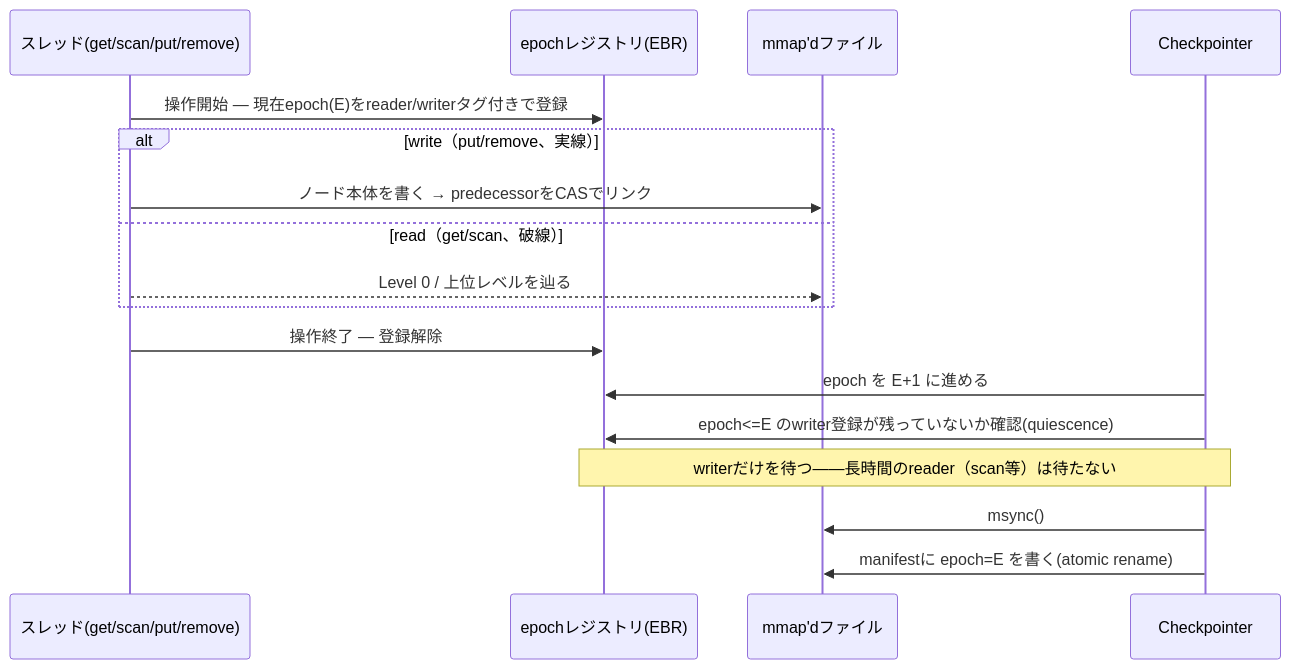
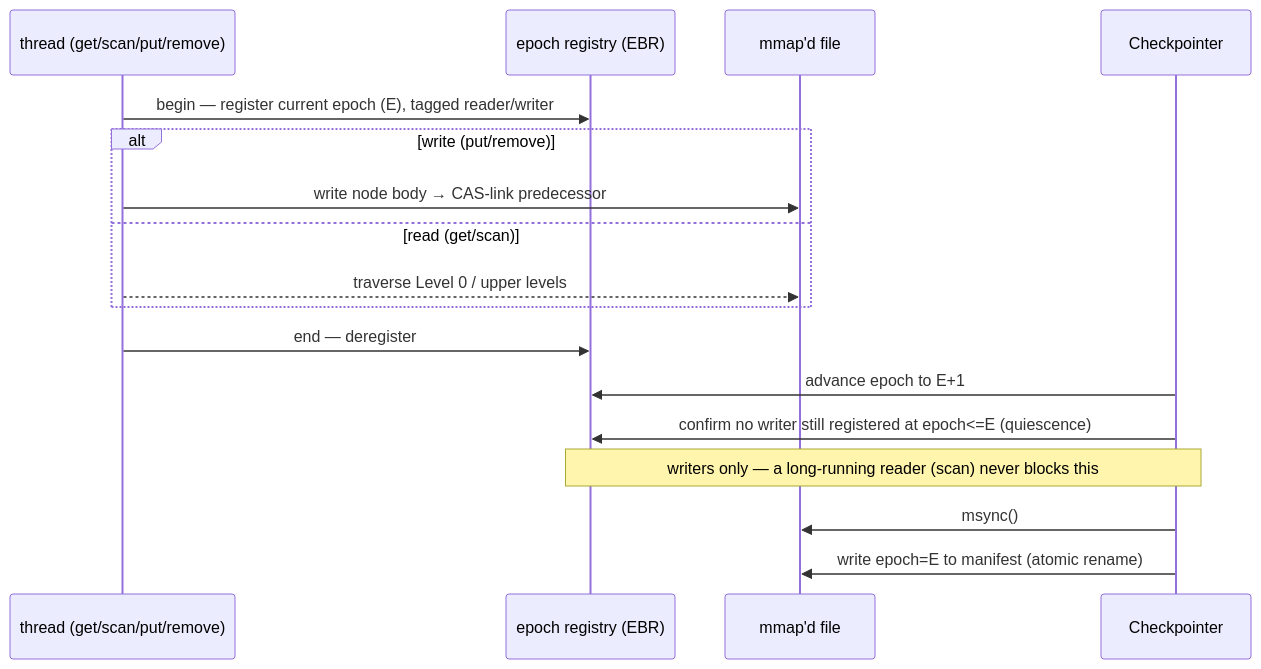
One commit to wasanemon/VMemKV changed the second of 3 diagrams in implementation/pskiplist/high_level_design.md. Above: the diagram before and after it, drawn with Mermaid. The commit also changed other lines of this file and 6 other files, not shown here.

````diff
--- a/implementation/pskiplist/high_level_design.md
+++ b/implementation/pskiplist/high_level_design.md
@@ -193,21 +146,21 @@
 ```mermaid
 sequenceDiagram
-    participant Thread as スレッド(get/scan/put/remove)
-    participant EBR as epochレジストリ(EBR)
-    participant File as mmap'dファイル
+    participant Thread as thread (get/scan/put/remove)
+    participant EBR as epoch registry (EBR)
+    participant File as mmap'd file
     participant Checkpointer
 
-    Thread->>EBR: 操作開始 — 現在epoch(E)をreader/writerタグ付きで登録
-    alt write（put/remove、実線）
-        Thread->>File: ノード本体を書く → predecessorをCASでリンク
-    else read（get/scan、破線）
-        Thread-->>File: Level 0 / 上位レベルを辿る
+    Thread->>EBR: begin — register current epoch (E), tagged reader/writer
+    alt write (put/remove)
+        Thread->>File: write node body → CAS-link predecessor
+    else read (get/scan)
+        Thread-->>File: traverse Level 0 / upper levels
     end
-    Thread->>EBR: 操作終了 — 登録解除
+    Thread->>EBR: end — deregister
 
-    Checkpointer->>EBR: epoch を E+1 に進める
-    Checkpointer->>EBR: epoch<=E のwriter登録が残っていないか確認(quiescence)
-    Note over Checkpointer,EBR: writerだけを待つ——長時間のreader（scan等）は待たない
+    Checkpointer->>EBR: advance epoch to E+1
+    Checkpointer->>EBR: confirm no writer still registered at epoch<=E (quiescence)
+    Note over Checkpointer,EBR: writers only — a long-running reader (scan) never blocks this
     Checkpointer->>File: msync()
-    Checkpointer->>File: manifestに epoch=E を書く(atomic rename)
+    Checkpointer->>File: write epoch=E to manifest (atomic rename)
 ```
````
